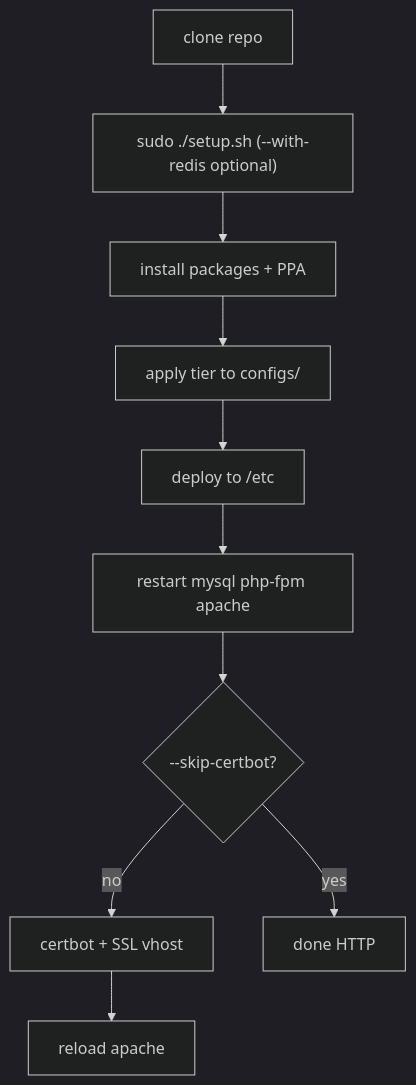
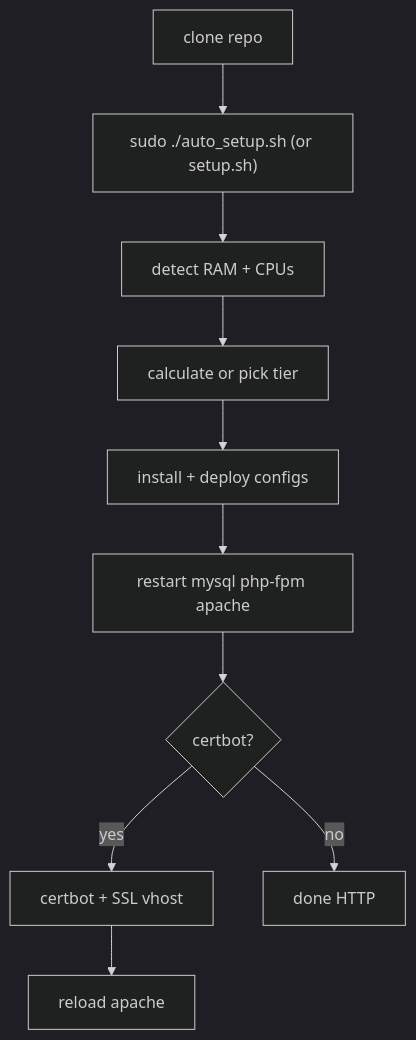
Before and after one commit to agabaandre/PHP_laravel_Codeigniter_wordpress_server_optimisation_enterprise: the first of 2 diagrams in docs/DOCUMENT-FLOW.md, drawn with Mermaid (dark theme). The commit also changed other lines of this file and 24 other files, not shown here.

````diff
--- a/docs/DOCUMENT-FLOW.md
+++ b/docs/DOCUMENT-FLOW.md
@@ -14,12 +15,12 @@
 ```mermaid
 flowchart TD
-  A[clone repo] --> B["sudo ./setup.sh (--with-redis optional)"]
-  B --> C[install packages + PPA]
-  C --> D[apply tier to configs/]
-  D --> E[deploy to /etc]
+  A[clone repo] --> B["sudo ./auto_setup.sh (or setup.sh)"]
+  B --> C[detect RAM + CPUs]
+  C --> D[calculate or pick tier]
+  D --> E[install + deploy configs]
   E --> F[restart mysql php-fpm apache]
-  F --> G{--skip-certbot?}
-  G -->|no| H[certbot + SSL vhost]
-  G -->|yes| I[done HTTP]
+  F --> G{certbot?}
+  G -->|yes| H[certbot + SSL vhost]
+  G -->|no| I[done HTTP]
   H --> J[reload apache]
 ```
````
